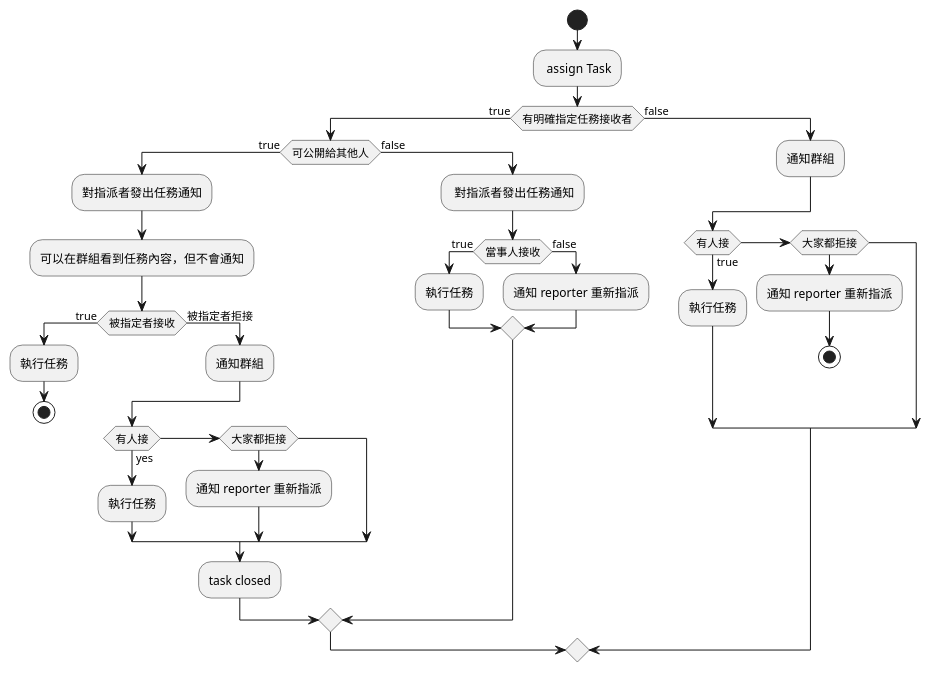
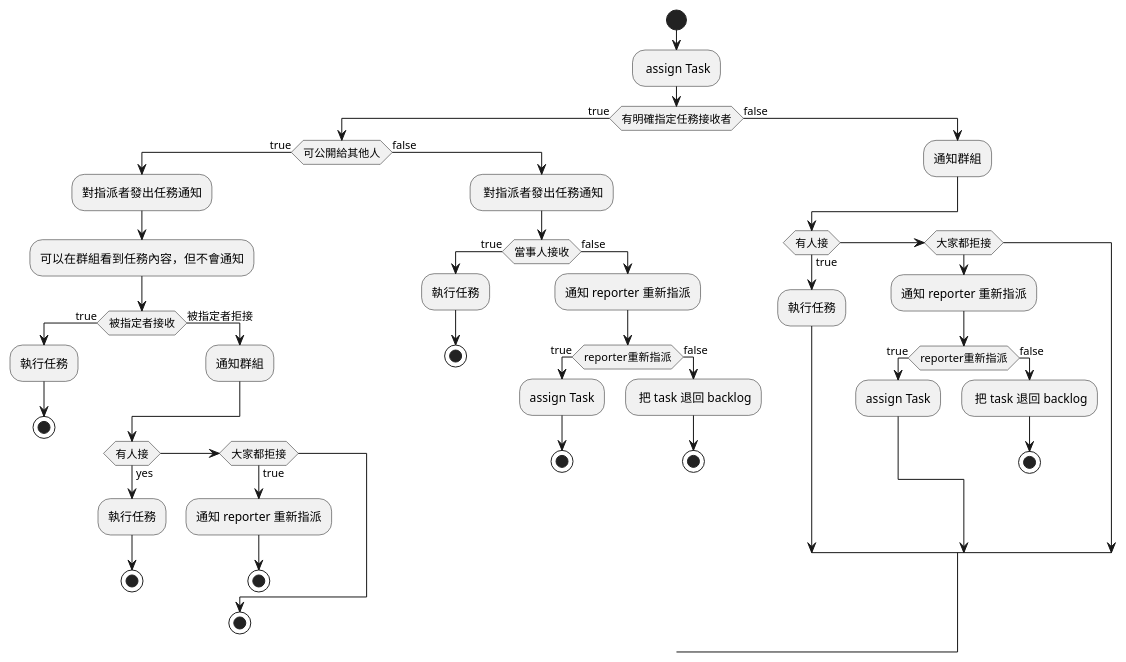
One commit to pollyannaanalytics/House-Cowork changed the diagram in HouseCowork/app/src/main/java/com/polly/housecowork/AssignTaskLogic.puml. Above: the diagram before and after it, drawn with PlantUML. The commit also changed 4 other files, not shown here.

```diff
--- a/HouseCowork/app/src/main/java/com/polly/housecowork/AssignTaskLogic.puml
+++ b/HouseCowork/app/src/main/java/com/polly/housecowork/AssignTaskLogic.puml
@@ -1,39 +1,53 @@
 @startuml
 'https://plantuml.com/activity-diagram-beta
 
 start
 : assign Task;
 if (有明確指定任務接收者) then (true)
   if (可公開給其他人) then (true)
     :對指派者發出任務通知;
     :可以在群組看到任務內容，但不會通知;
     if (被指定者接收) then (true)
     :執行任務;
       stop
     else(被指定者拒接)
     :通知群組;
 
     if (有人接) then (yes)
       :執行任務;
-    else if(大家都拒接)
+      stop
+    else if(大家都拒接) then (true)
       :通知 reporter 重新指派;
-    endif
-    :task closed;
+      stop
+      endif
+      stop
     endif
 else (false)
 : 對指派者發出任務通知;
 if(當事人接收) then (true)
   :執行任務;
+  stop
 else (false)
   :通知 reporter 重新指派;
-endif
+    if(reporter重新指派) then (true)
+        :assign Task;
+        stop
+    else (false)
+        : 把 task 退回 backlog;
+        stop
+        endif
 
+  endif
 endif
 else (false)
 :通知群組;
 if(有人接) then (true)
   :執行任務;
 else if(大家都拒接)
   :通知 reporter 重新指派;
+  if(reporter重新指派) then (true)
+    :assign Task;
+  else (false)
+    : 把 task 退回 backlog;
 stop
 @enduml
```
